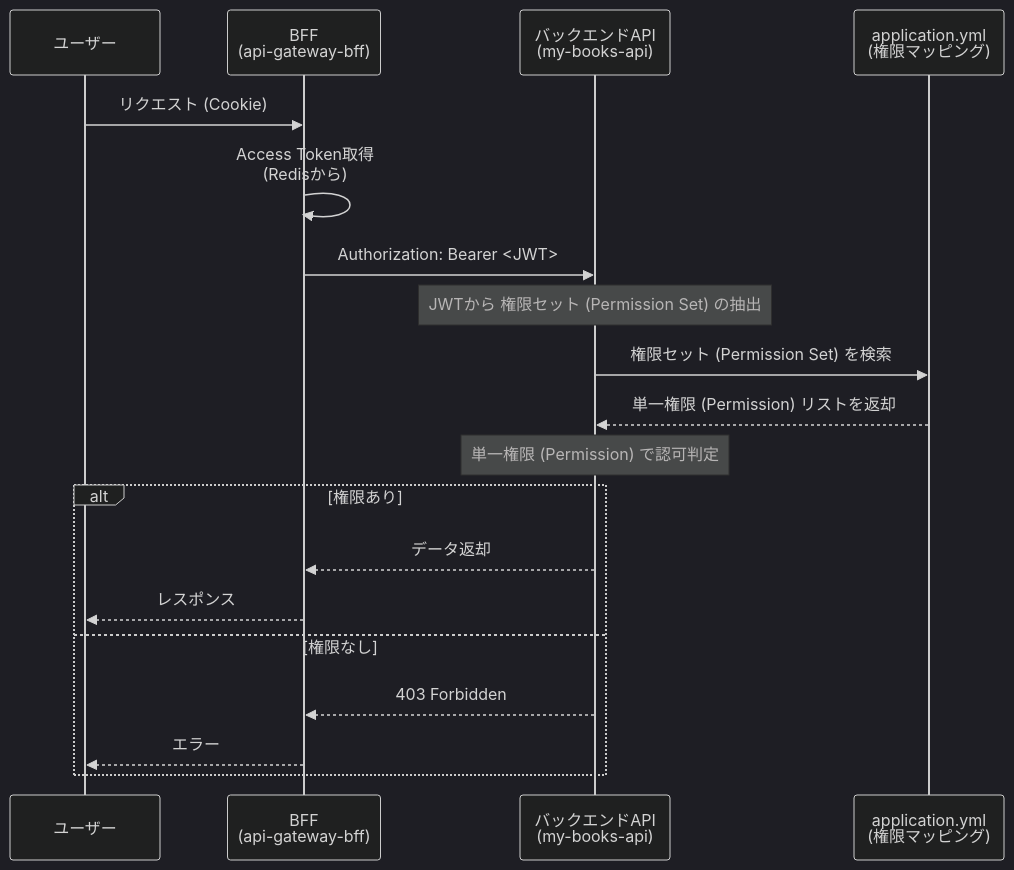
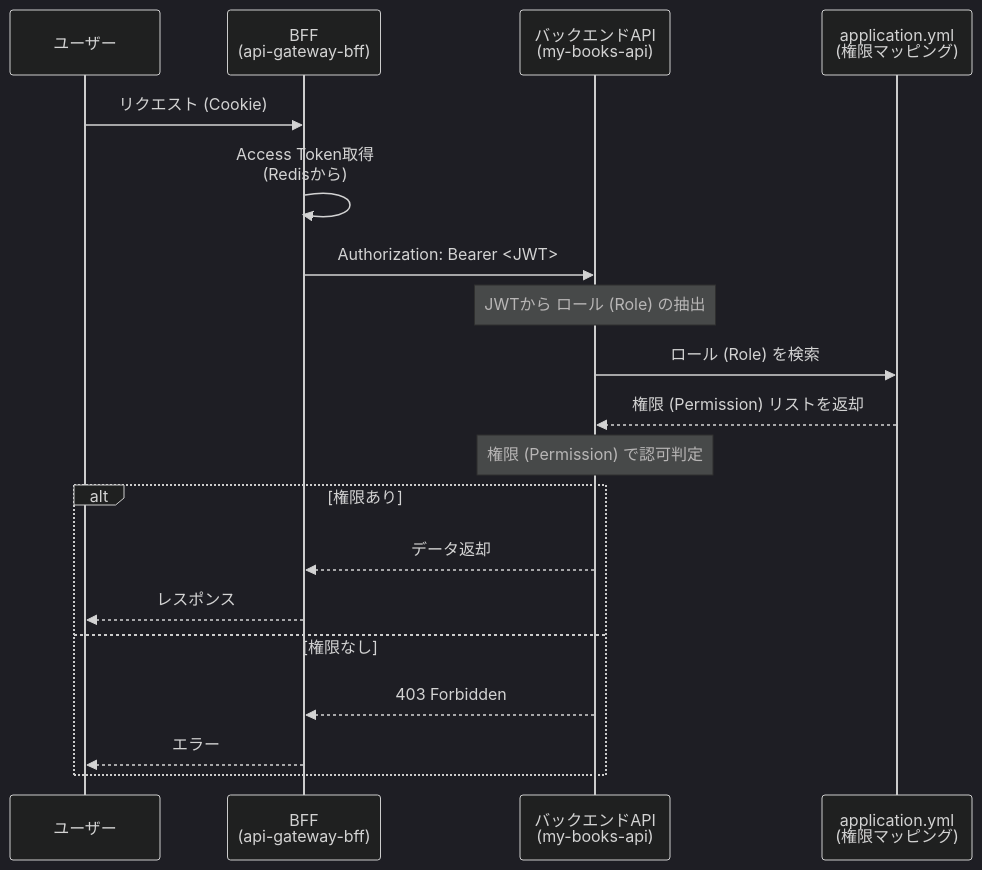
Before and after one commit to Ndia-R/my-books-frontend: the first of 2 diagrams in docs/ROLE-DESIGN.md, drawn with Mermaid (dark theme). The commit also changed other lines of this file and 18 other files, not shown here.

````diff
--- a/docs/ROLE-DESIGN.md
+++ b/docs/ROLE-DESIGN.md
@@ -132,25 +114,25 @@
 ```mermaid
 sequenceDiagram
     participant User as ユーザー
     participant BFF as BFF<br>(api-gateway-bff)
     participant API as バックエンドAPI<br>(my-books-api)
     participant YAML as application.yml<br>(権限マッピング)
 
     User->>BFF: リクエスト (Cookie)
     BFF->>BFF: Access Token取得<br>(Redisから)
     BFF->>API: Authorization: Bearer <JWT>
 
-    Note over API: JWTから 権限セット (Permission Set) の抽出
-    API->>YAML: 権限セット (Permission Set) を検索
-    YAML-->>API: 単一権限 (Permission) リストを返却
+    Note over API: JWTから ロール (Role) の抽出
+    API->>YAML: ロール (Role) を検索
+    YAML-->>API: 権限 (Permission) リストを返却
 
-    Note over API: 単一権限 (Permission) で認可判定
+    Note over API: 権限 (Permission) で認可判定
 
     alt 権限あり
         API-->>BFF: データ返却
         BFF-->>User: レスポンス
     else 権限なし
         API-->>BFF: 403 Forbidden
         BFF-->>User: エラー
     end
 ```
````
